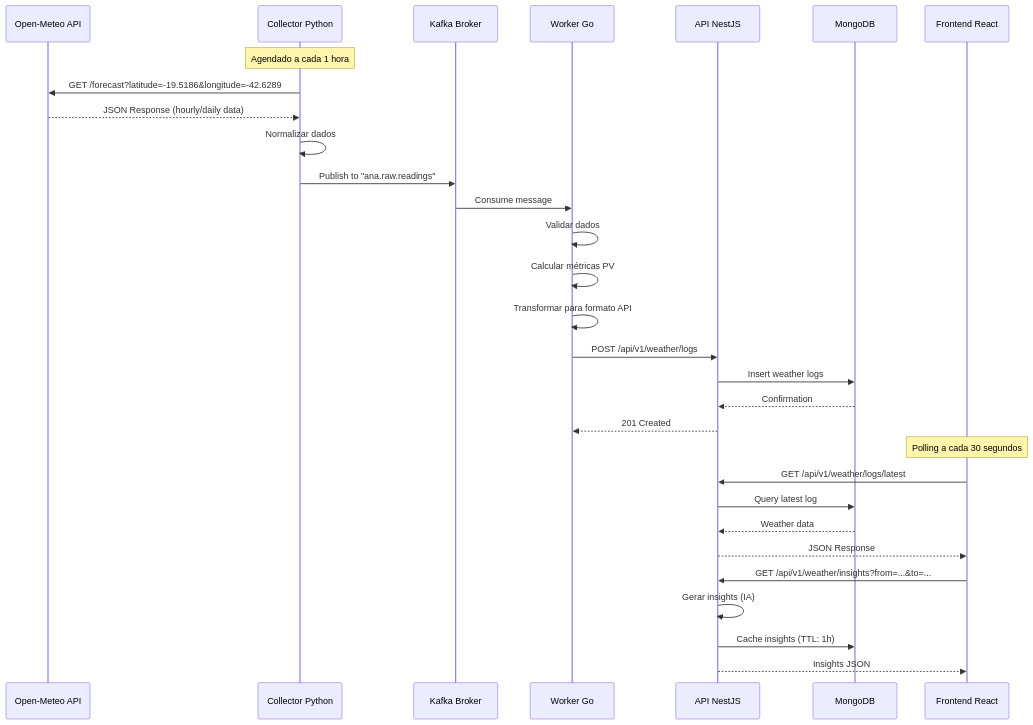
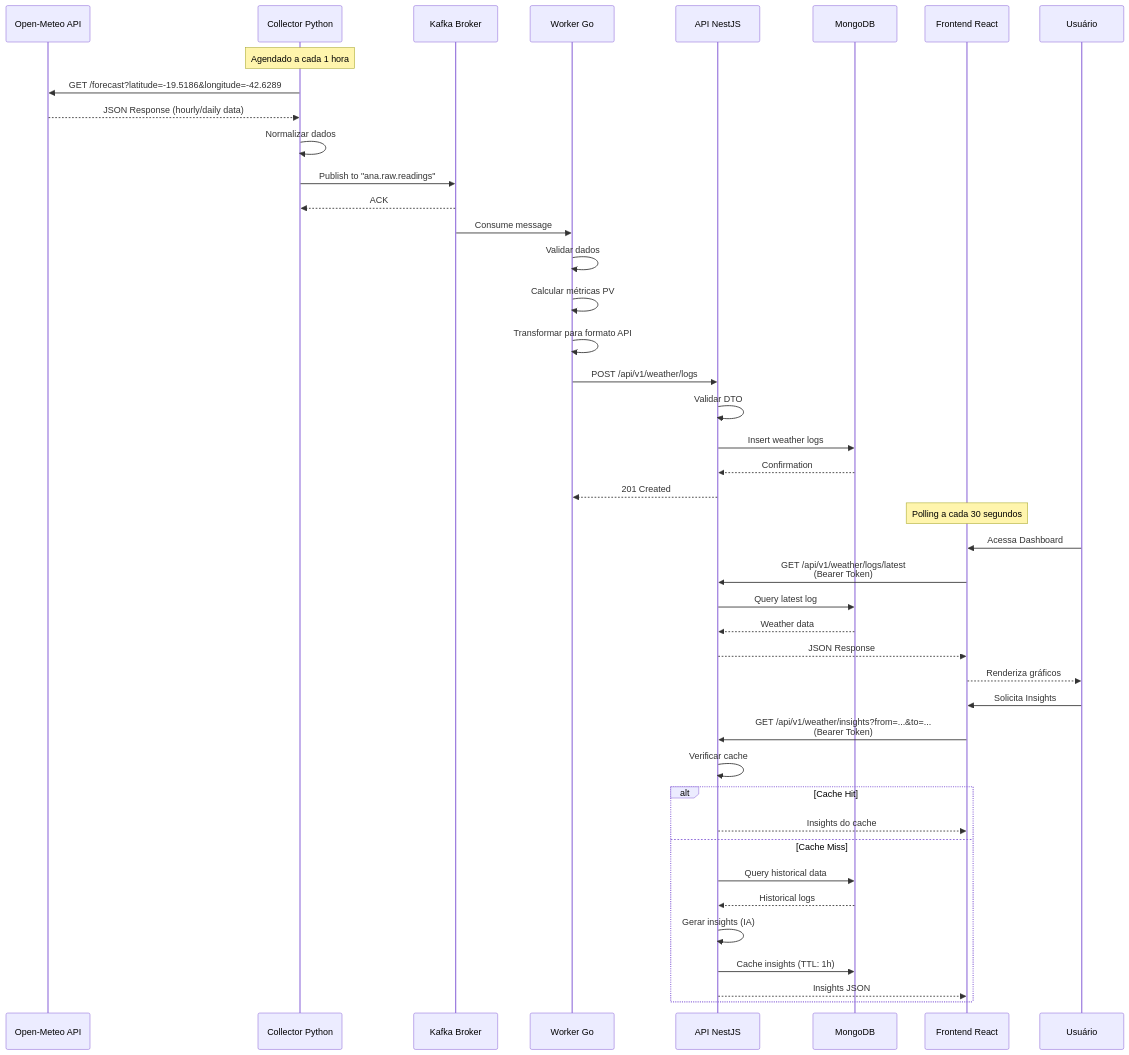
One commit to GDASH-io/desafio-gdash-2025-02 changed the third of 10 diagrams in README.md. Above: the diagram before and after it, drawn with Mermaid. The commit also changed other lines of this file, not shown here.

````diff
--- a/README.md
+++ b/README.md
@@ -150,40 +386,53 @@
 ```mermaid
 sequenceDiagram
     participant OM as Open-Meteo API
     participant COL as Collector Python
     participant KAFKA as Kafka Broker
     participant WORK as Worker Go
     participant API as API NestJS
     participant MONGO as MongoDB
     participant FE as Frontend React
+    participant USER as Usuário
 
     Note over COL: Agendado a cada 1 hora
     
     COL->>OM: GET /forecast?latitude=-19.5186&longitude=-42.6289
     OM-->>COL: JSON Response (hourly/daily data)
     
     COL->>COL: Normalizar dados
     COL->>KAFKA: Publish to "ana.raw.readings"
+    KAFKA-->>COL: ACK
     
     KAFKA->>WORK: Consume message
     WORK->>WORK: Validar dados
     WORK->>WORK: Calcular métricas PV
     WORK->>WORK: Transformar para formato API
     
     WORK->>API: POST /api/v1/weather/logs
+    API->>API: Validar DTO
     API->>MONGO: Insert weather logs
     MONGO-->>API: Confirmation
     API-->>WORK: 201 Created
     
     Note over FE: Polling a cada 30 segundos
     
-    FE->>API: GET /api/v1/weather/logs/latest
+    USER->>FE: Acessa Dashboard
+    FE->>API: GET /api/v1/weather/logs/latest<br/>(Bearer Token)
     API->>MONGO: Query latest log
     MONGO-->>API: Weather data
     API-->>FE: JSON Response
+    FE-->>USER: Renderiza gráficos
     
-    FE->>API: GET /api/v1/weather/insights?from=...&to=...
-    API->>API: Gerar insights (IA)
-    API->>MONGO: Cache insights (TTL: 1h)
-    API-->>FE: Insights JSON
+    USER->>FE: Solicita Insights
+    FE->>API: GET /api/v1/weather/insights?from=...&to=...<br/>(Bearer Token)
+    API->>API: Verificar cache
+    alt Cache Hit
+        API-->>FE: Insights do cache
+    else Cache Miss
+        API->>MONGO: Query historical data
+        MONGO-->>API: Historical logs
+        API->>API: Gerar insights (IA)
+        API->>MONGO: Cache insights (TTL: 1h)
+        API-->>FE: Insights JSON
+    end
 ```
````
